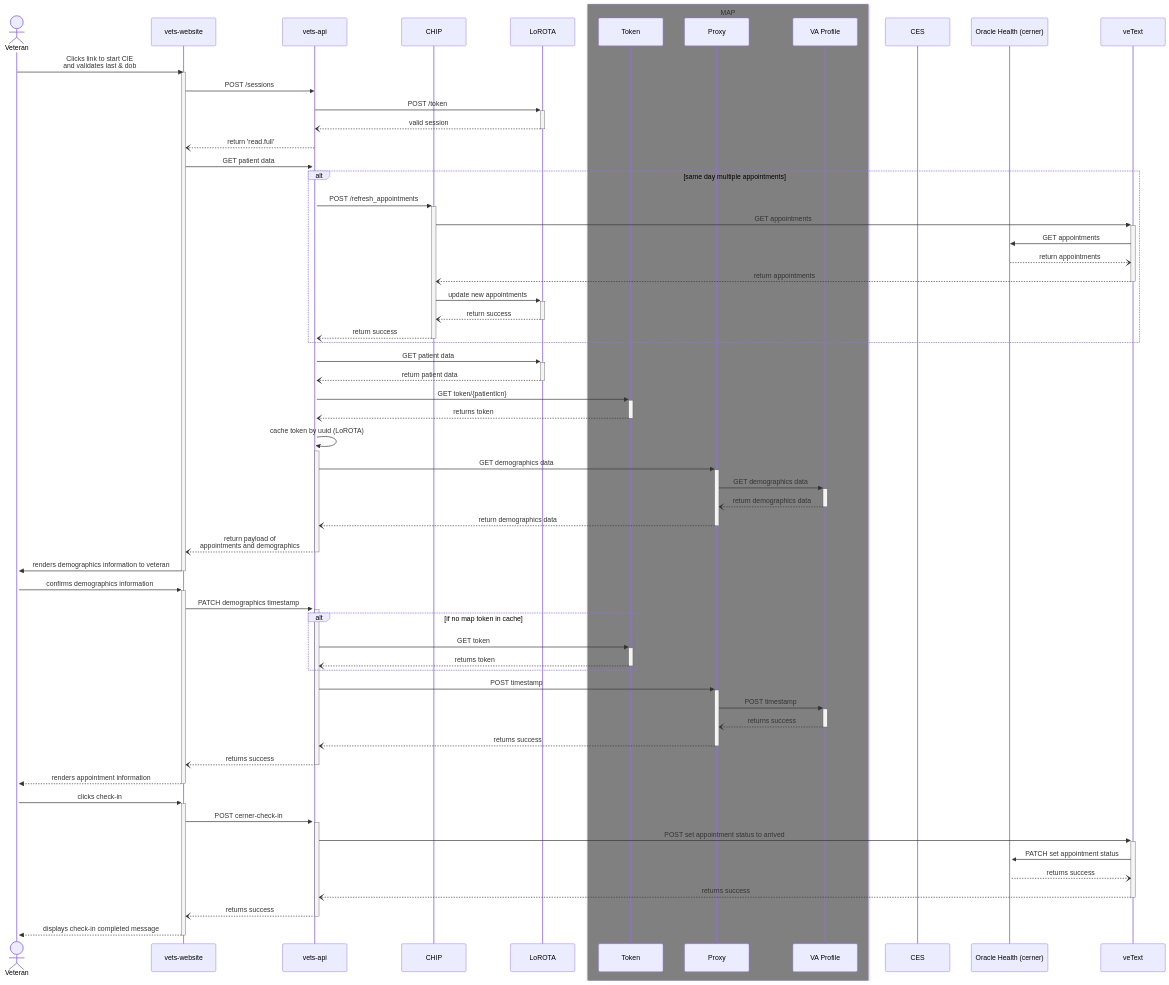
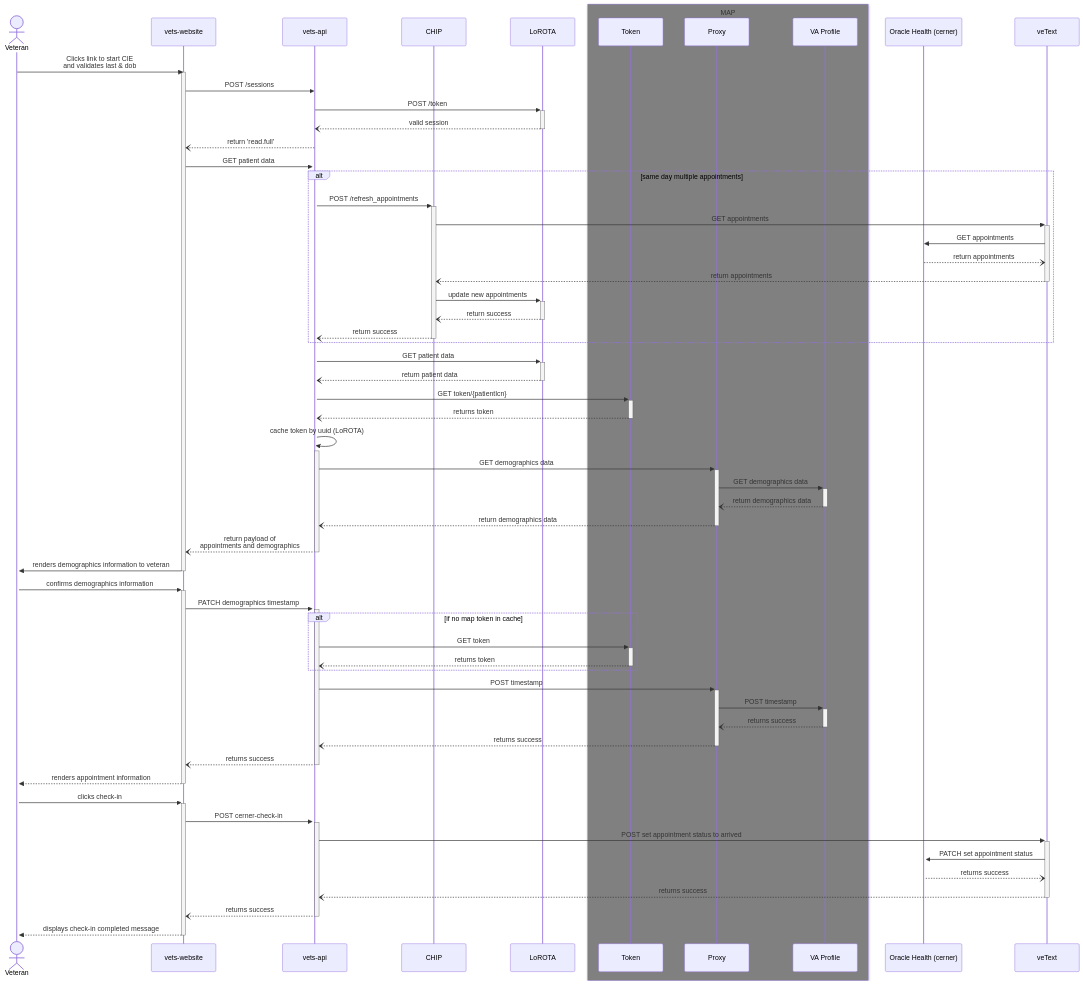
Before and after one commit to department-of-veterans-affairs/va.gov-team: the third of 3 diagrams in products/health-care/checkin/engineering/oracle-health-cerner-integration.md, drawn with Mermaid. The commit also changed other lines of this file, not shown here.

````diff
--- a/products/health-care/checkin/engineering/oracle-health-cerner-integration.md
+++ b/products/health-care/checkin/engineering/oracle-health-cerner-integration.md
@@ -121,64 +121,63 @@
 ```mermaid
 sequenceDiagram
     actor vet as Veteran
     participant web as vets-website
     participant api as vets-api
     participant ch as CHIP
     participant l as LoROTA
     box grey MAP
         participant token as Token
         participant proxy as Proxy
         participant pro as VA Profile
     end
-    participant ces as CES
     participant oh as Oracle Health (cerner)
         vet->>web: Clicks link to start CIE <br> and validates last & dob
         activate web
         web->>api: POST /sessions
         api->>+l: POST /token
         l--)-api: valid session
         api--)web: return 'read.full'
         web->>+api: GET patient data
         alt same day multiple appointments
             api->>+ch: POST /refresh_appointments
             ch->>+veText: GET appointments
             veText->>oh: GET appointments
             oh--)veText: return appointments
             veText--)-ch: return appointments
             ch->>+l: update new appointments
             l--)-ch: return success
             ch--)-api: return success
         end
         api->>+l: GET patient data
         l--)-api: return patient data
         api->>+token: GET token/{patientIcn}
         token--)-api: returns token
         api->>+api: cache token by uuid (LoROTA)
         api->>+proxy: GET demographics data
         proxy->>+pro: GET demographics data
         pro--)-proxy: return demographics data
         proxy--)-api: return demographics data
         api--)-web: return payload of <br> appointments and demographics
         web->>+vet: renders demographics information to veteran
         deactivate web
         vet->>+web: confirms demographics information
         web->>+api: PATCH demographics timestamp
         alt if no map token in cache
             api->>+token: GET token
             token--)-api: returns token
         end
         api->>+proxy: POST timestamp
         proxy->>+pro: POST timestamp
         pro--)-proxy: returns success
         proxy--)-api: returns success
         api--)-web: returns success
         web-->>-vet: renders appointment information
         vet->>+web: clicks check-in
         web->>+api: POST cerner-check-in
         api->>+veText: POST set appointment status to arrived
         veText->>+oh: PATCH set appointment status
         oh--)veText: returns success
         veText--)-api: returns success
         api--)-web: returns success
         web-->>-vet: displays check-in completed message
 ```
````
